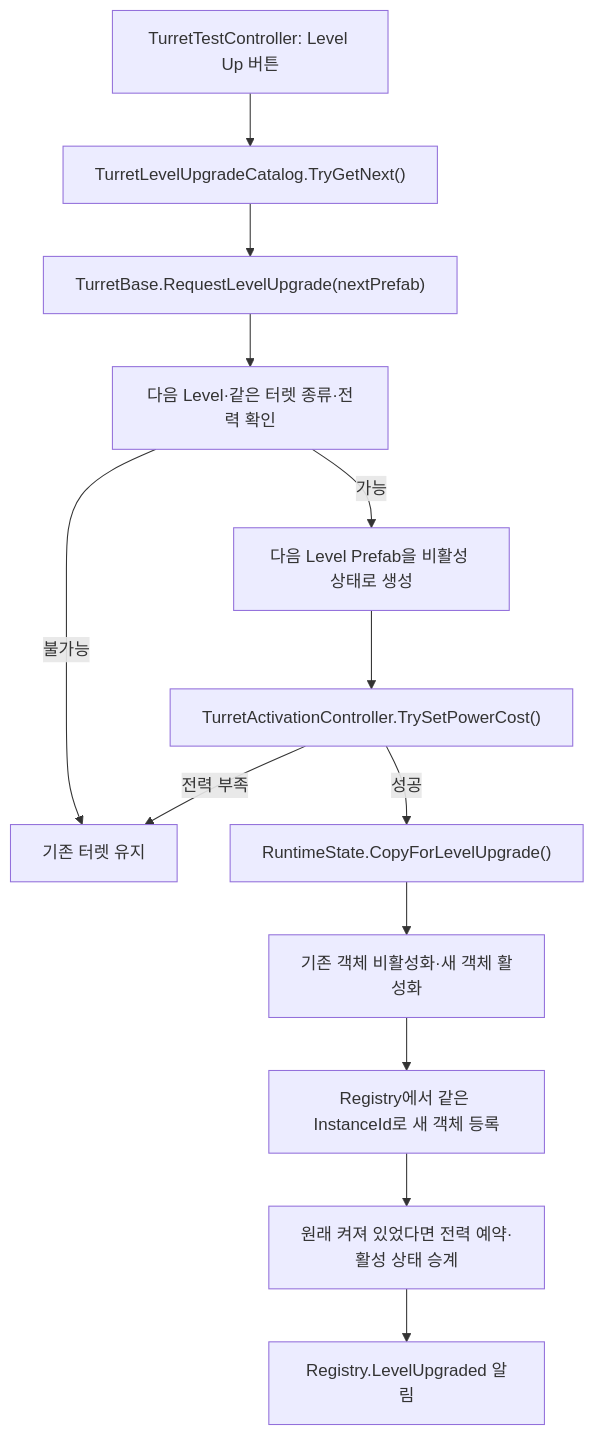
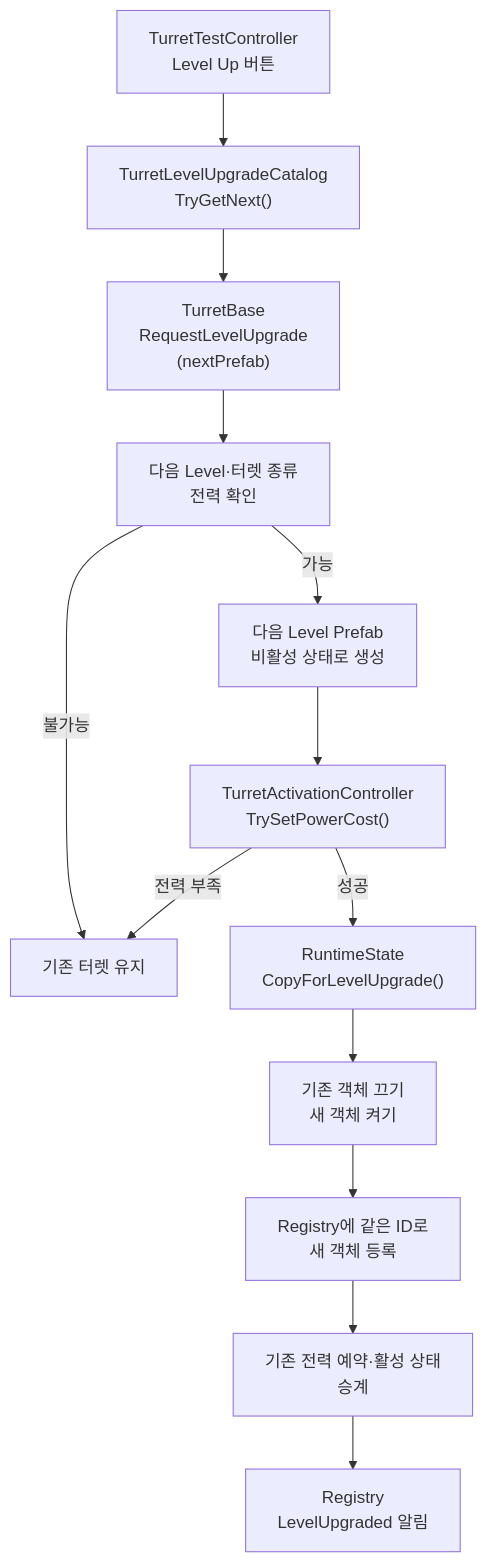
One commit to Team-HJD-21/unity-6-the-developer changed the tenth of 11 diagrams in Docs/architecture/turret-system-guide.md. Above: the diagram before and after it, drawn with Mermaid. The commit also changed other lines of this file and 1 other file, not shown here.

Commit message:
Docs(turret) : prevent text clipping in diagrams

````diff
--- a/Docs/architecture/turret-system-guide.md
+++ b/Docs/architecture/turret-system-guide.md
@@ -385,15 +393,15 @@
 ```mermaid
 flowchart TD
-    UI["TurretTestController: Level Up 버튼"] --> Catalog["TurretLevelUpgradeCatalog.TryGetNext()"]
-    Catalog --> Base["TurretBase.RequestLevelUpgrade(nextPrefab)"]
-    Base --> Validate["다음 Level·같은 터렛 종류·전력 확인"]
-    Validate -->|가능| Create["다음 Level Prefab을 비활성 상태로 생성"]
+    UI["TurretTestController<br>Level Up 버튼"] --> Catalog["TurretLevelUpgradeCatalog<br>TryGetNext()"]
+    Catalog --> Base["TurretBase<br>RequestLevelUpgrade<br>(nextPrefab)"]
+    Base --> Validate["다음 Level·터렛 종류<br>전력 확인"]
+    Validate -->|가능| Create["다음 Level Prefab<br>비활성 상태로 생성"]
     Validate -->|불가능| Reject["기존 터렛 유지"]
-    Create --> Power["TurretActivationController.TrySetPowerCost()"]
+    Create --> Power["TurretActivationController<br>TrySetPowerCost()"]
     Power -->|전력 부족| Reject
-    Power -->|성공| Copy["RuntimeState.CopyForLevelUpgrade()"]
-    Copy --> Swap["기존 객체 비활성화·새 객체 활성화"]
-    Swap --> Registry["Registry에서 같은 InstanceId로 새 객체 등록"]
-    Registry --> Active["원래 켜져 있었다면 전력 예약·활성 상태 승계"]
-    Active --> Event["Registry.LevelUpgraded 알림"]
+    Power -->|성공| Copy["RuntimeState<br>CopyForLevelUpgrade()"]
+    Copy --> Swap["기존 객체 끄기<br>새 객체 켜기"]
+    Swap --> Registry["Registry에 같은 ID로<br>새 객체 등록"]
+    Registry --> Active["기존 전력 예약·활성 상태<br>승계"]
+    Active --> Event["Registry<br>LevelUpgraded 알림"]
 ```
````
